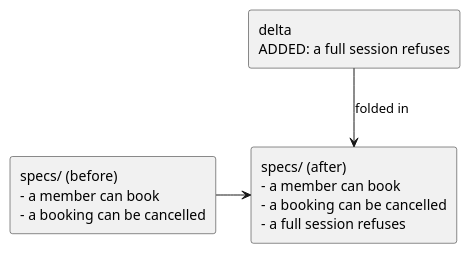
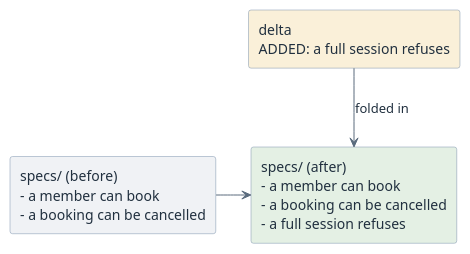
The second of 2 diagrams in modules/sdd-change-lifecycle/questions.adoc (htl-leonding-college/curriculum-syp3), drawn with PlantUML before and after one commit. The commit also changed other lines of this file and 65 other files, not shown here.

First line of the commit message:
feat(site): give the diagrams a semantic pastel palette

```diff
--- a/modules/sdd-change-lifecycle/questions.adoc
+++ b/modules/sdd-change-lifecycle/questions.adoc
@@ -65,12 +75,15 @@
 [plantuml,q-archiving,svg]
 ----
 @startuml
-skinparam monochrome true
+<style>
+element { BackgroundColor #EDF3FA; LineColor #7C93AD; FontColor #21303F }
+arrow { LineColor #5A6B7D; FontColor #21303F }
+</style>
 skinparam shadowing false
-rectangle "specs/ (before)\n- a member can book\n- a booking can be cancelled" as B
-rectangle "delta\nADDED: a full session refuses" as D
-rectangle "specs/ (after)\n- a member can book\n- a booking can be cancelled\n- a full session refuses" as A
+rectangle "specs/ (before)\n- a member can book\n- a booking can be cancelled" as B #F0F2F5
+rectangle "delta\nADDED: a full session refuses" as D #FAF0D9
+rectangle "specs/ (after)\n- a member can book\n- a booking can be cancelled\n- a full session refuses" as A #E4F0E4
 B -right-> A
 D -down-> A : folded in
 @enduml
 ----
```
